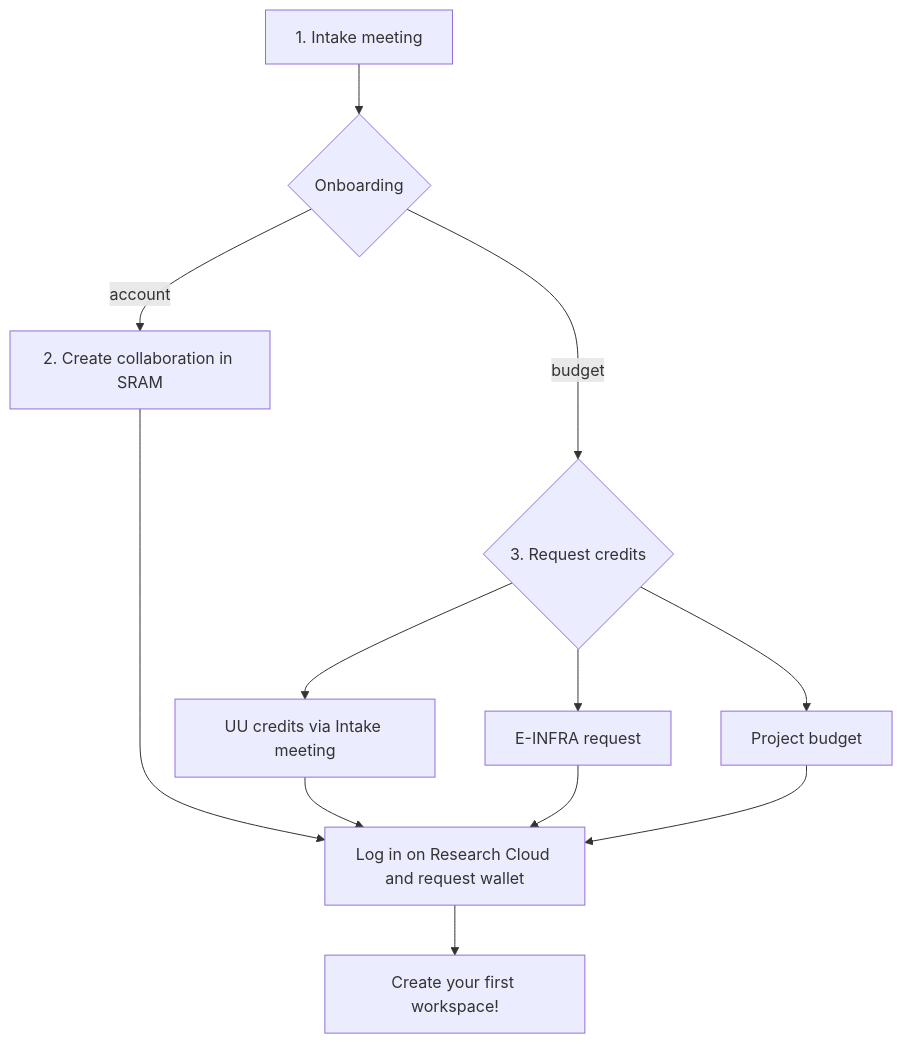
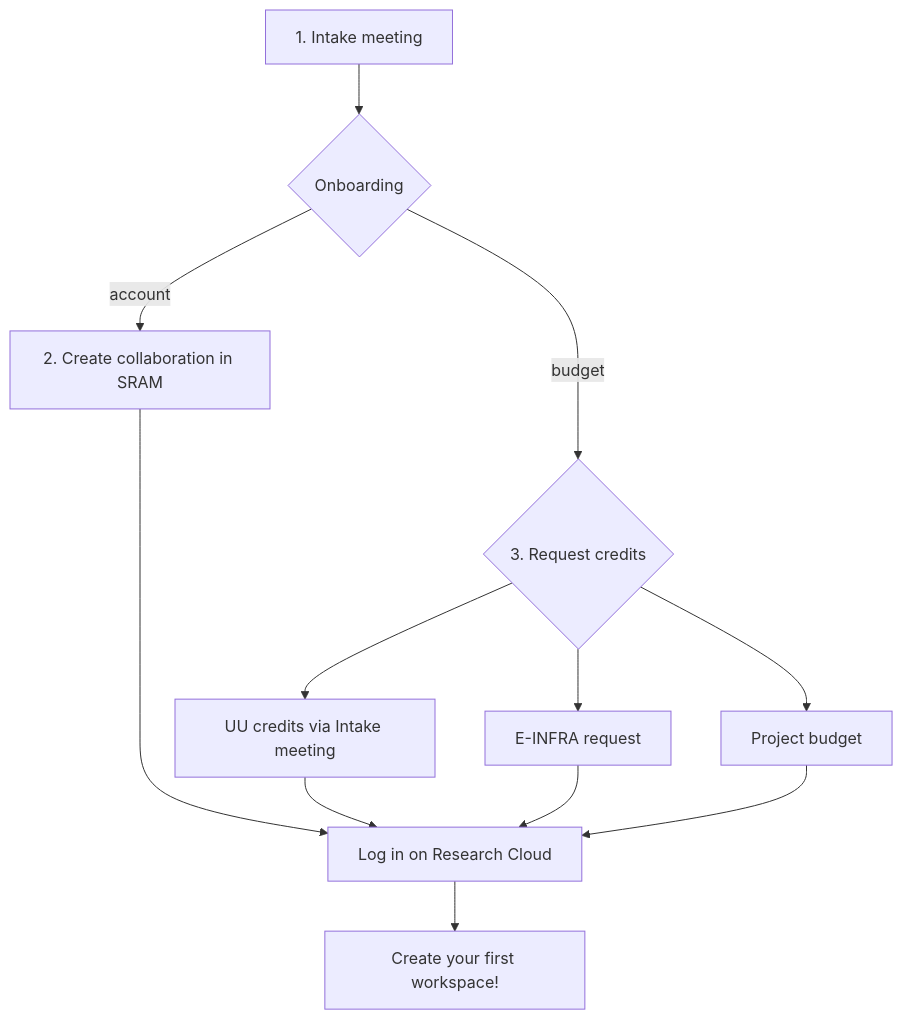
One commit to UtrechtUniversity/vre-docs changed the diagram in docs/accounts.qmd. Above: the diagram before and after it, drawn with Mermaid. The commit also changed other lines of this file, not shown here.

````diff
--- a/docs/accounts.qmd
+++ b/docs/accounts.qmd
@@ -23,15 +24,15 @@
 ```{mermaid}
 flowchart TD
   A[1. Intake meeting] --> B{Onboarding}
   B -- budget --> C{3. Request credits}
   C --> F[UU credits via Intake meeting]
   C --> G[E-INFRA request]
   C --> H[Project budget]
   B -- account --> D[2. Create collaboration in SRAM]
-  D ----> E[Log in on Research Cloud and request wallet]
-  F --> E[Log in on Research Cloud and request wallet]
-  G --> E[Log in on Research Cloud and request wallet]
-  H --> E[Log in on Research Cloud and request wallet]
+  D ----> E[Log in on Research Cloud]
+  F --> E[Log in on Research Cloud]
+  G --> E[Log in on Research Cloud]
+  H --> E[Log in on Research Cloud]
   E --> J[Create your first workspace!]
 
 ```
````
